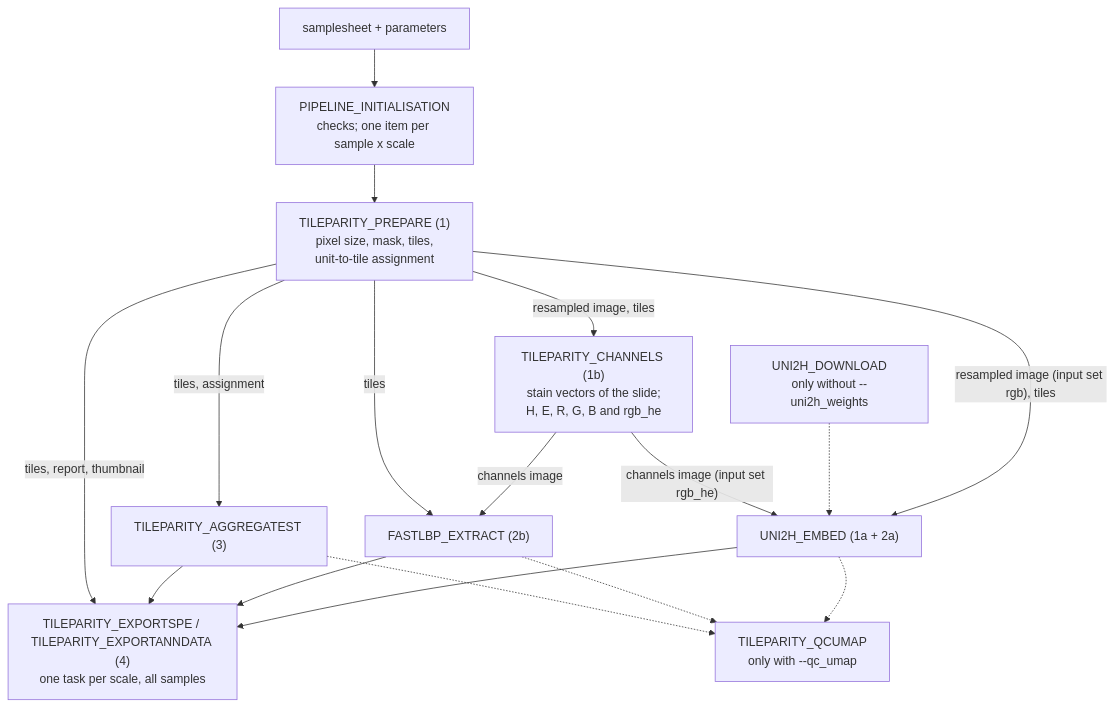
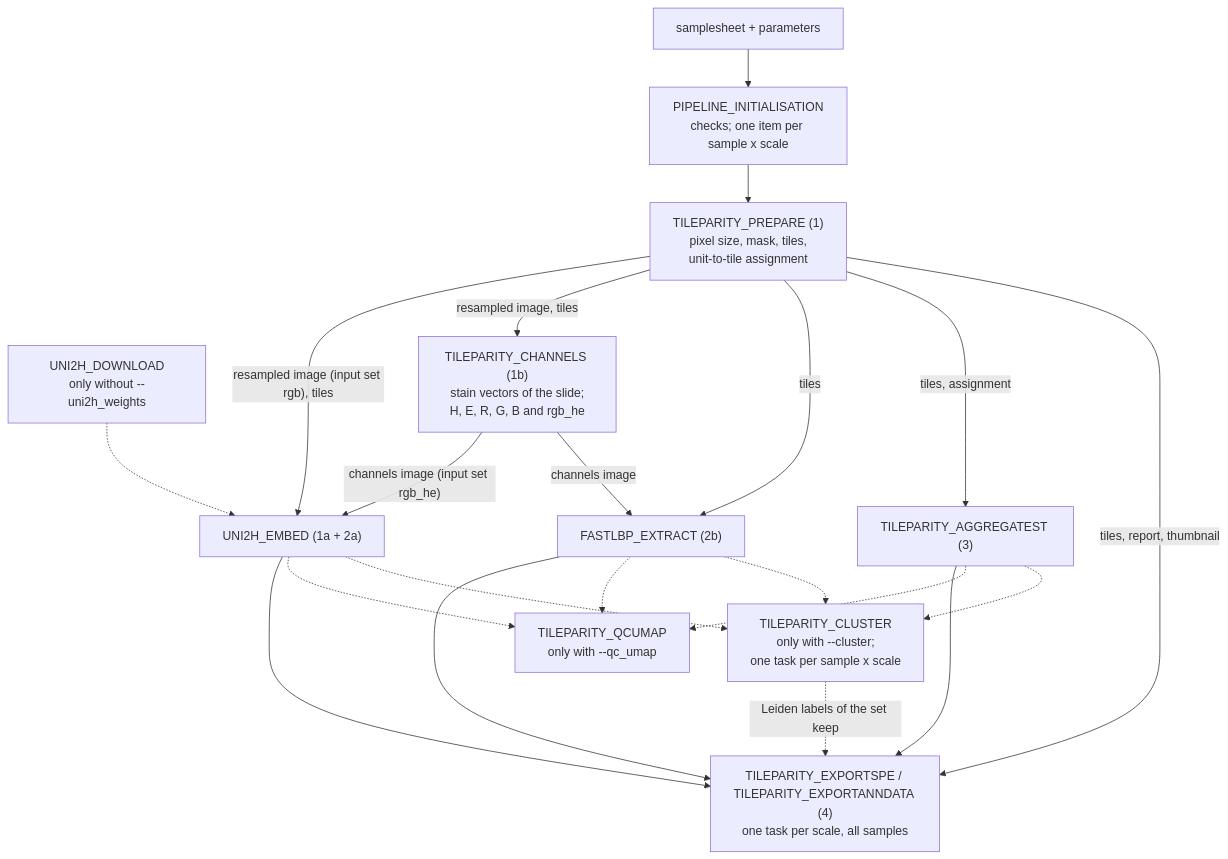
One commit to miguelrosell/tileparity changed the diagram in docs/structure.md. Above: the diagram before and after it, drawn with Mermaid. The commit also changed other lines of this file and 31 other files, not shown here.

````diff
--- a/docs/structure.md
+++ b/docs/structure.md
@@ -7,19 +7,23 @@
 ```mermaid
 flowchart TD
     S["samplesheet + parameters"] --> I["PIPELINE_INITIALISATION<br/>checks; one item per sample x scale"]
     I --> P1["TILEPARITY_PREPARE (1)<br/>pixel size, mask, tiles,<br/>unit-to-tile assignment"]
     P1 -- "resampled image (input set rgb), tiles" --> U["UNI2H_EMBED (1a + 2a)"]
     W["UNI2H_DOWNLOAD<br/>only without --uni2h_weights"] -.-> U
     P1 -- "resampled image, tiles" --> C["TILEPARITY_CHANNELS (1b)<br/>stain vectors of the slide;<br/>H, E, R, G, B and rgb_he"]
     C -- "channels image (input set rgb_he)" --> U
     C -- "channels image" --> L["FASTLBP_EXTRACT (2b)"]
     P1 -- "tiles" --> L
     P1 -- "tiles, assignment" --> A["TILEPARITY_AGGREGATEST (3)"]
     U --> E["TILEPARITY_EXPORTSPE / TILEPARITY_EXPORTANNDATA (4)<br/>one task per scale, all samples"]
     L --> E
     A --> E
     P1 -- "tiles, report, thumbnail" --> E
     U -.-> Q["TILEPARITY_QCUMAP<br/>only with --qc_umap"]
     L -.-> Q
     A -.-> Q
+    U -.-> K["TILEPARITY_CLUSTER<br/>only with --cluster;<br/>one task per sample x scale"]
+    L -.-> K
+    A -.-> K
+    K -. "Leiden labels of the set keep" .-> E
 ```
````
